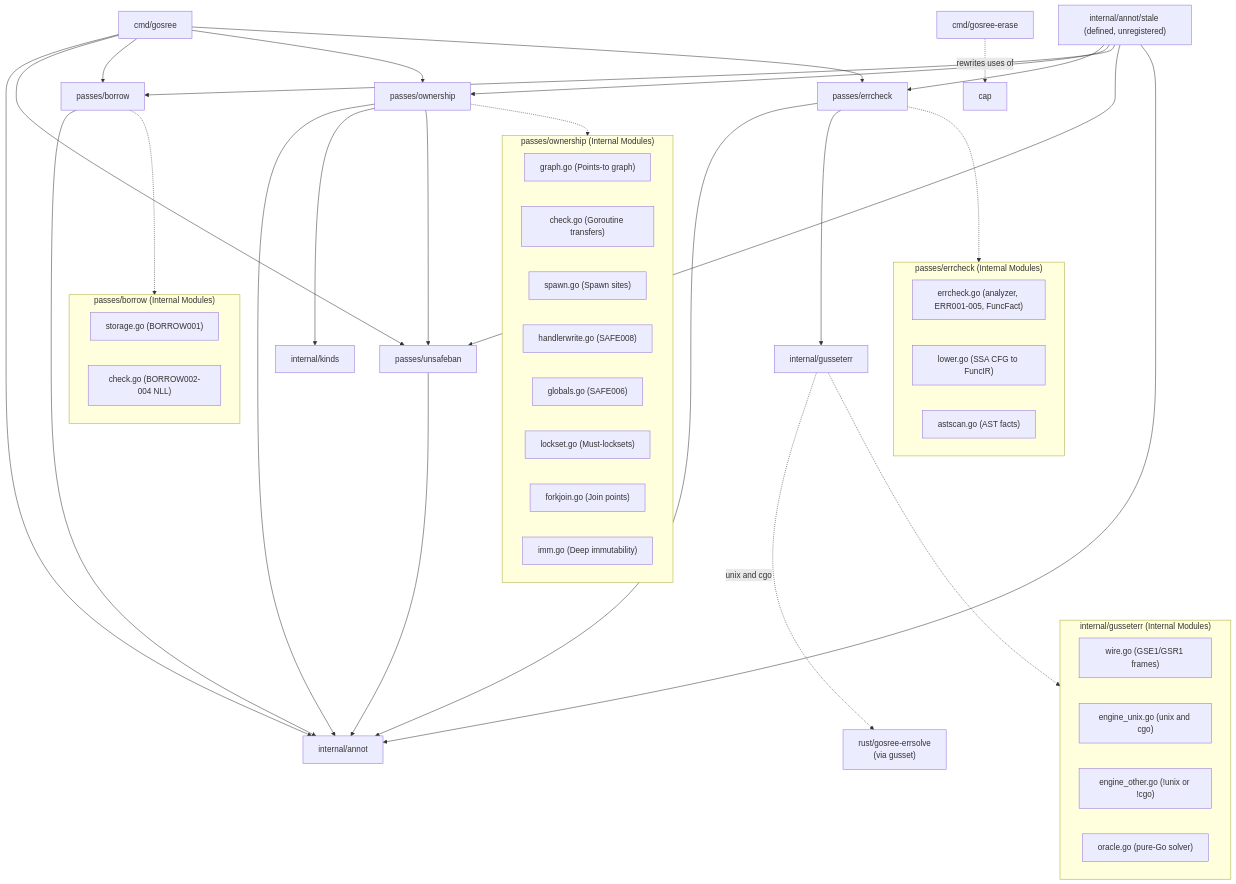
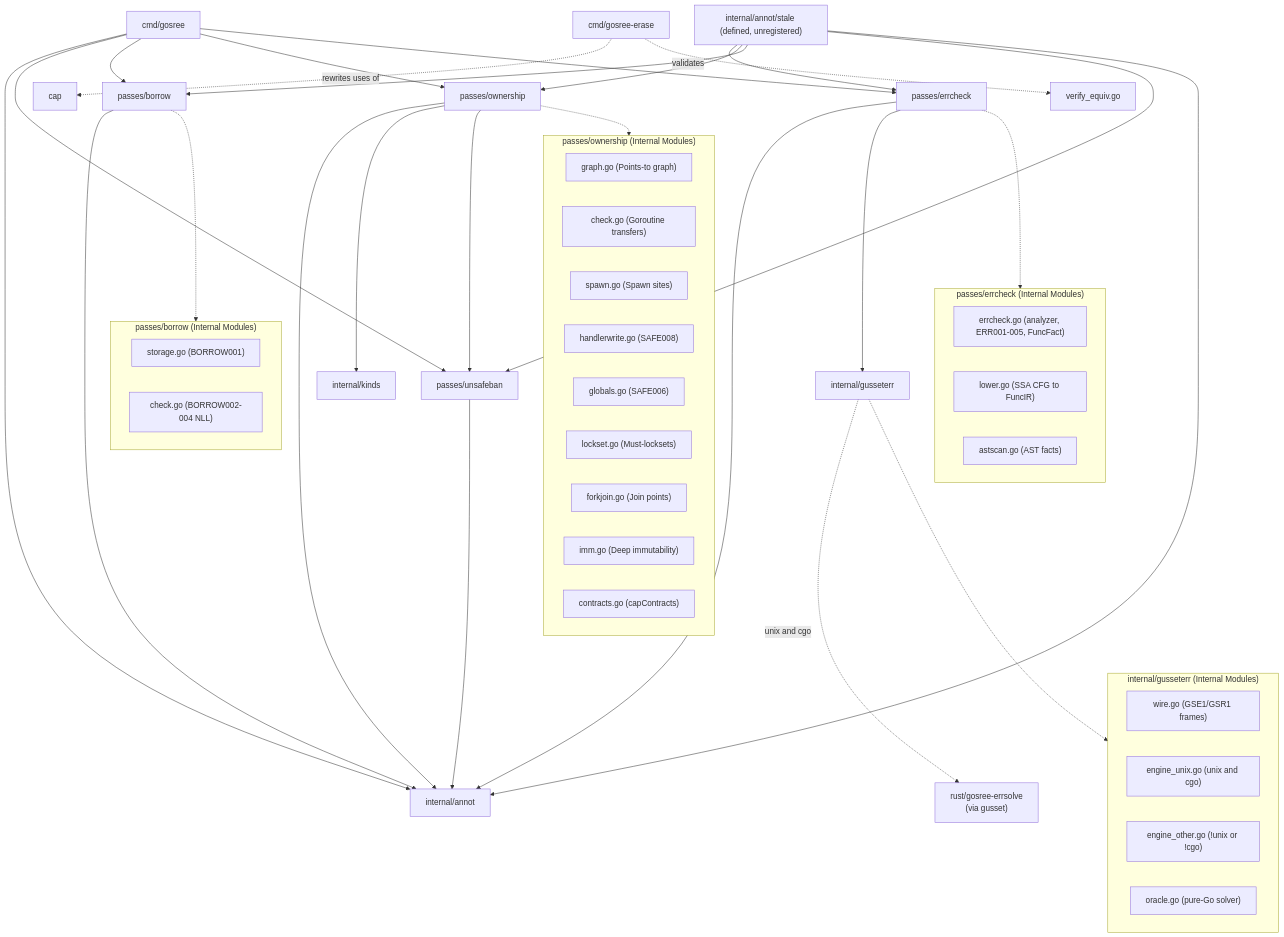
The ninth of 9 diagrams in docs/ARCHITECTURE.md (bharathvbcr/GoSree), drawn with Mermaid before and after one commit. The commit also changed other lines of this file and 68 other files, not shown here.

````diff
--- a/docs/ARCHITECTURE.md
+++ b/docs/ARCHITECTURE.md
@@ -375,57 +381,59 @@
 ```mermaid
 flowchart TD
     cmd_gosree["cmd/gosree"] --> internal_annot["internal/annot"]
     cmd_gosree --> passes_unsafeban["passes/unsafeban"]
     cmd_gosree --> passes_borrow["passes/borrow"]
     cmd_gosree --> passes_ownership["passes/ownership"]
     cmd_gosree --> passes_errcheck["passes/errcheck"]
 
     passes_unsafeban --> internal_annot
     passes_borrow --> internal_annot
     passes_ownership --> internal_annot
     passes_errcheck --> internal_annot
     passes_errcheck --> internal_gusseterr["internal/gusseterr"]
     internal_gusseterr -.->|"unix and cgo"| rust_engine["rust/gosree-errsolve\n(via gusset)"]
     internal_stale["internal/annot/stale (defined, unregistered)"] --> passes_errcheck
     internal_stale --> passes_ownership
     internal_stale --> passes_borrow
     internal_stale --> passes_unsafeban
     internal_stale --> internal_annot
     passes_ownership --> internal_kinds["internal/kinds"]
     passes_ownership --> passes_unsafeban
 
     subgraph passes_borrow_internals ["passes/borrow (Internal Modules)"]
         passes_borrow_storage["storage.go (BORROW001)"]
         passes_borrow_check["check.go (BORROW002-004 NLL)"]
     end
     passes_borrow -.-> passes_borrow_internals
 
     subgraph passes_ownership_internals ["passes/ownership (Internal Modules)"]
         passes_ownership_graph["graph.go (Points-to graph)"]
         passes_ownership_check["check.go (Goroutine transfers)"]
         passes_ownership_spawn["spawn.go (Spawn sites)"]
         passes_ownership_handler["handlerwrite.go (SAFE008)"]
         passes_ownership_globals["globals.go (SAFE006)"]
         passes_ownership_lockset["lockset.go (Must-locksets)"]
         passes_ownership_forkjoin["forkjoin.go (Join points)"]
         passes_ownership_imm["imm.go (Deep immutability)"]
+        passes_ownership_contracts["contracts.go (capContracts)"]
     end
     passes_ownership -.-> passes_ownership_internals
 
     subgraph passes_errcheck_internals ["passes/errcheck (Internal Modules)"]
         passes_errcheck_main["errcheck.go (analyzer, ERR001-005, FuncFact)"]
         passes_errcheck_lower["lower.go (SSA CFG to FuncIR)"]
         passes_errcheck_astscan["astscan.go (AST facts)"]
     end
     passes_errcheck -.-> passes_errcheck_internals
 
     subgraph gusseterr_internals ["internal/gusseterr (Internal Modules)"]
         gusseterr_wire["wire.go (GSE1/GSR1 frames)"]
         gusseterr_unix["engine_unix.go (unix and cgo)"]
         gusseterr_other["engine_other.go (!unix or !cgo)"]
         gusseterr_oracle["oracle.go (pure-Go solver)"]
     end
     internal_gusseterr -.-> gusseterr_internals
 
     cmd_gosree_erase["cmd/gosree-erase"] -.->|rewrites uses of| cap_pkg["cap"]
+    cmd_gosree_erase -.->|validates| verify_equiv["verify_equiv.go"]
 ```
````
